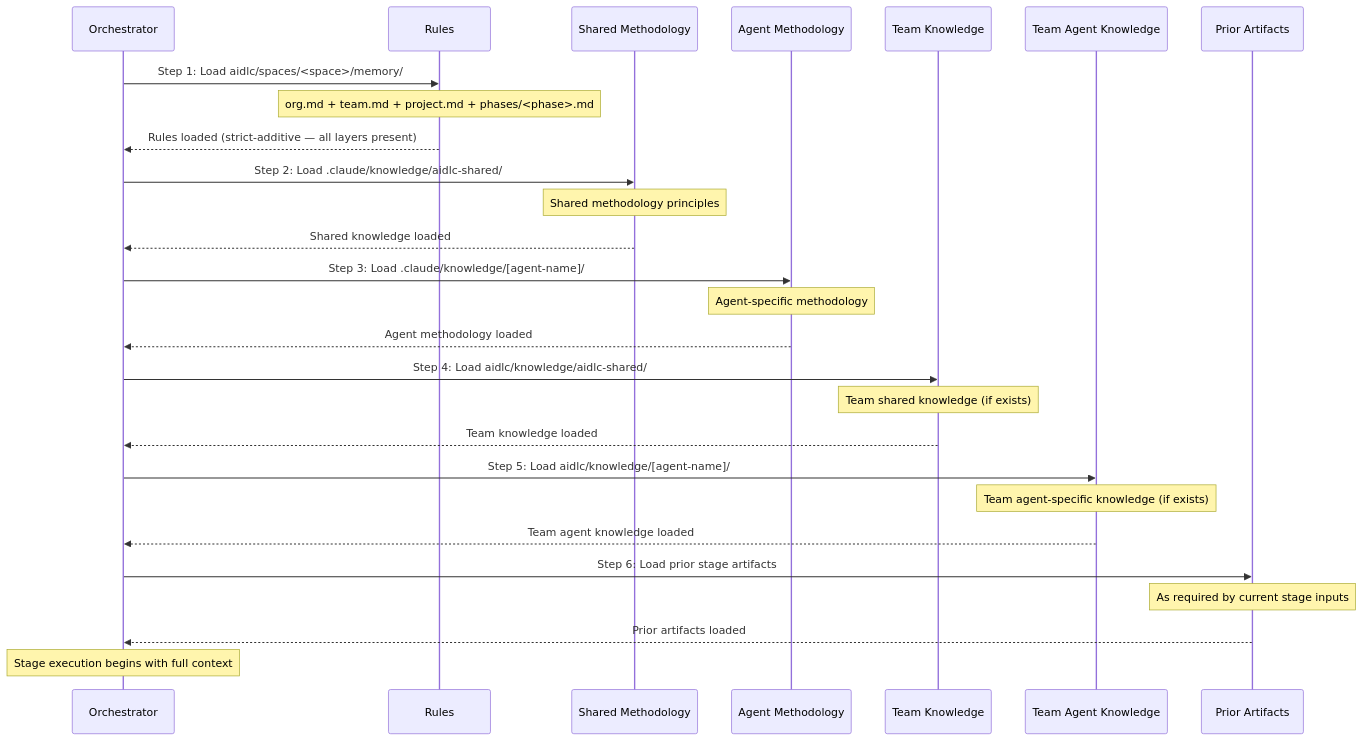
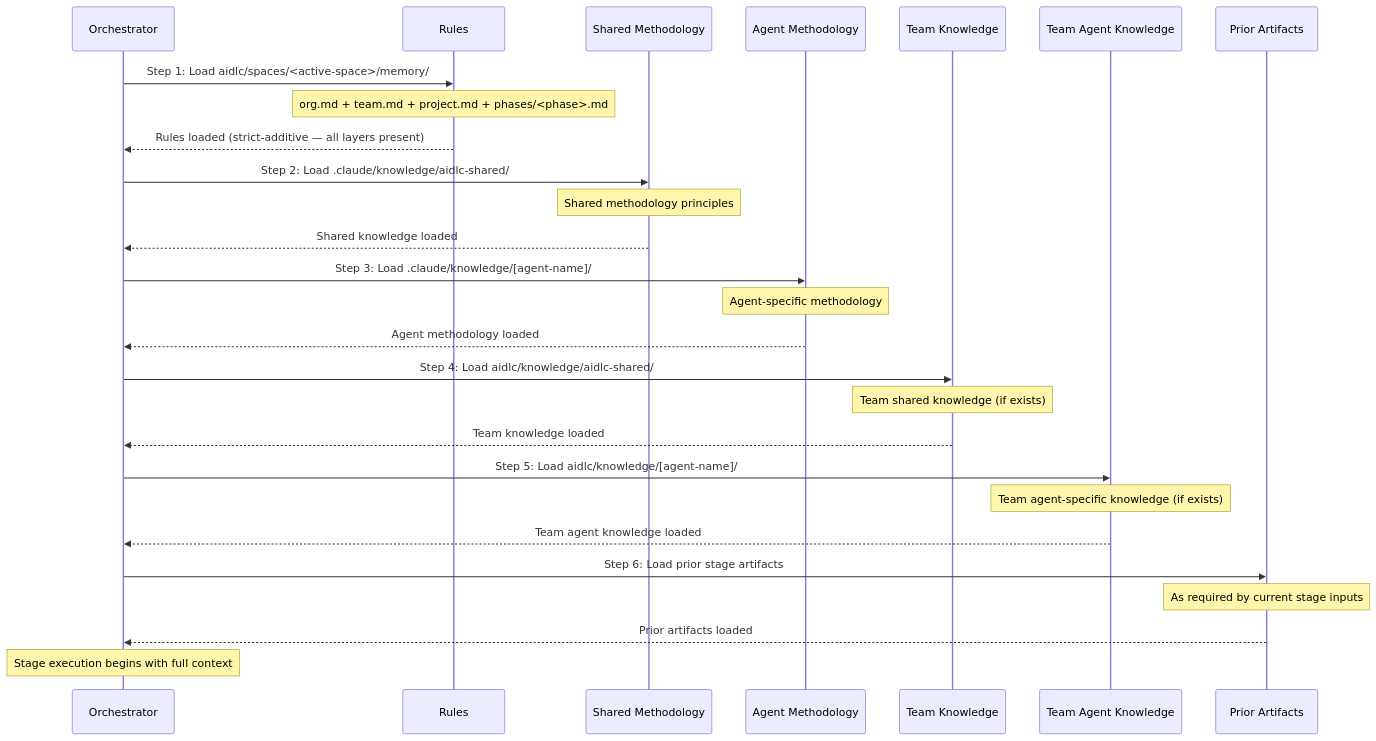
Before and after one commit to awslabs/aidlc-workflows: the diagram in docs/reference/10-knowledge-system.md, drawn with Mermaid. The commit also changed other lines of this file and 680 other files, not shown here.

````diff
--- a/docs/reference/10-knowledge-system.md
+++ b/docs/reference/10-knowledge-system.md
@@ -70,36 +70,36 @@
 ```mermaid
 sequenceDiagram
     participant O as Orchestrator
     participant G as Rules
     participant SM as Shared Methodology
     participant AM as Agent Methodology
     participant TK as Team Knowledge
     participant TAK as Team Agent Knowledge
     participant PA as Prior Artifacts
 
-    O->>G: Step 1: Load aidlc/spaces/<space>/memory/
+    O->>G: Step 1: Load aidlc/spaces/<active-space>/memory/
     Note over G: org.md + team.md + project.md + phases/<phase>.md
     G-->>O: Rules loaded (strict-additive — all layers present)
 
     O->>SM: Step 2: Load .claude/knowledge/aidlc-shared/
     Note over SM: Shared methodology principles
     SM-->>O: Shared knowledge loaded
 
     O->>AM: Step 3: Load .claude/knowledge/[agent-name]/
     Note over AM: Agent-specific methodology
     AM-->>O: Agent methodology loaded
 
     O->>TK: Step 4: Load aidlc/knowledge/aidlc-shared/
     Note over TK: Team shared knowledge (if exists)
     TK-->>O: Team knowledge loaded
 
     O->>TAK: Step 5: Load aidlc/knowledge/[agent-name]/
     Note over TAK: Team agent-specific knowledge (if exists)
     TAK-->>O: Team agent knowledge loaded
 
     O->>PA: Step 6: Load prior stage artifacts
     Note over PA: As required by current stage inputs
     PA-->>O: Prior artifacts loaded
 
     Note over O: Stage execution begins with full context
 ```
````
